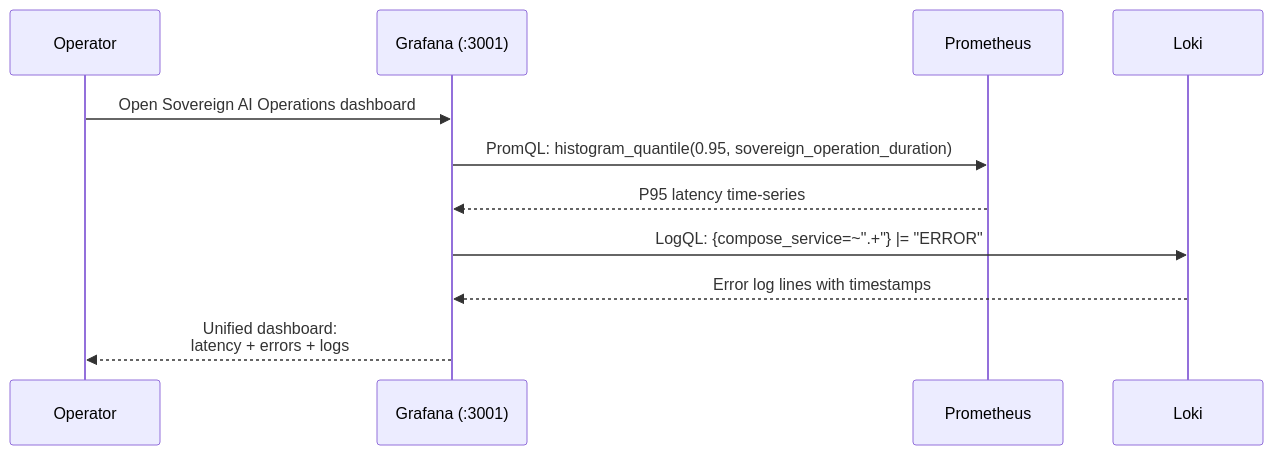
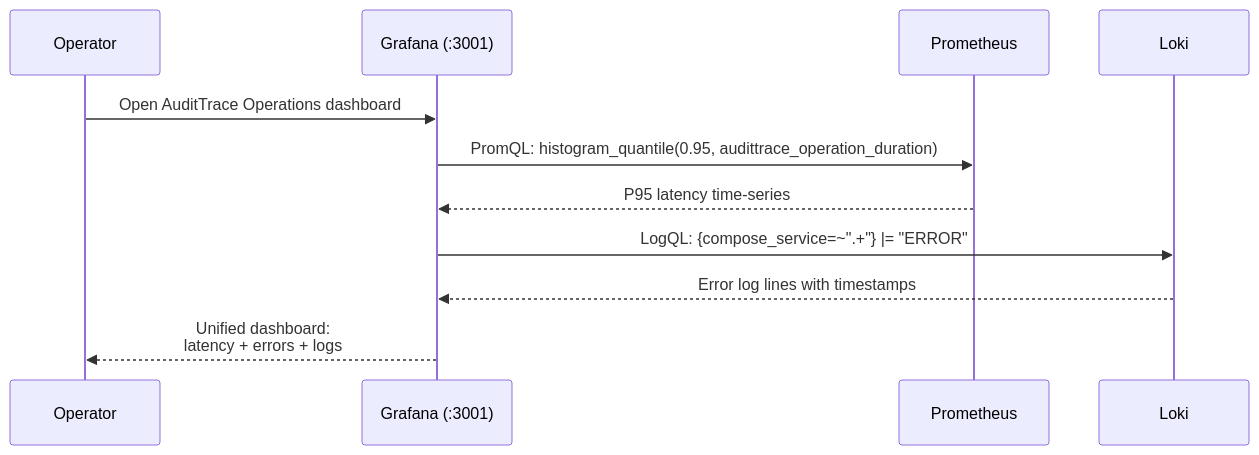
Before and after one commit to lfdesousa/AuditTrace-AI: the fifth of 5 diagrams in docs/architecture/sequence-observability-flow.md, drawn with Mermaid. The commit also changed other lines of this file, not shown here.

````diff
--- a/docs/architecture/sequence-observability-flow.md
+++ b/docs/architecture/sequence-observability-flow.md
@@ -78,17 +83,17 @@
 ```mermaid
 sequenceDiagram
     participant User as Operator
     participant Grafana as Grafana (:3001)
     participant Prom as Prometheus
     participant Loki as Loki
 
-    User->>Grafana: Open Sovereign AI Operations dashboard
+    User->>Grafana: Open AuditTrace Operations dashboard
 
-    Grafana->>Prom: PromQL: histogram_quantile(0.95, sovereign_operation_duration)
+    Grafana->>Prom: PromQL: histogram_quantile(0.95, audittrace_operation_duration)
     Prom-->>Grafana: P95 latency time-series
 
     Grafana->>Loki: LogQL: {compose_service=~".+"} |= "ERROR"
     Loki-->>Grafana: Error log lines with timestamps
 
     Grafana-->>User: Unified dashboard:<br/>latency + errors + logs
 ```
````
